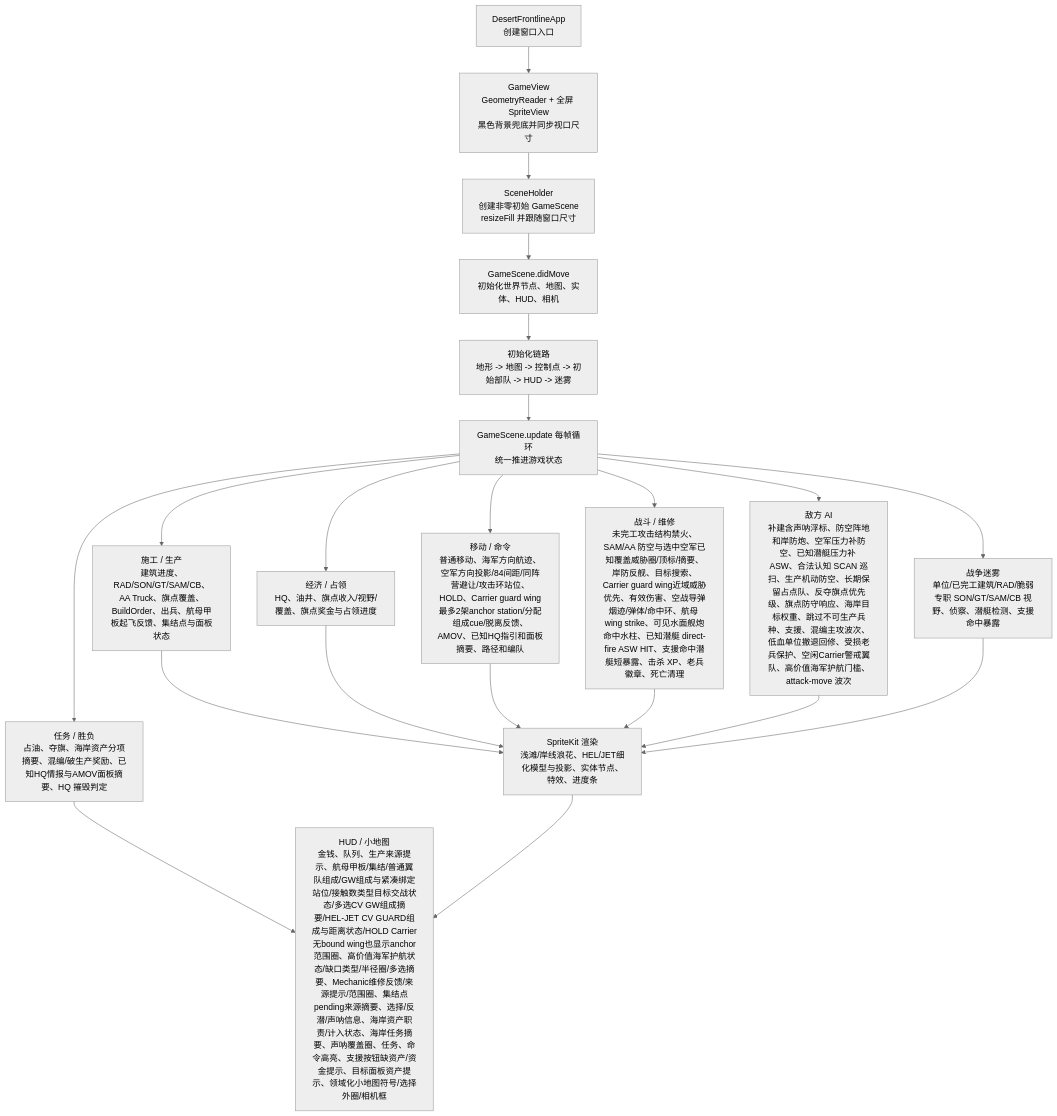
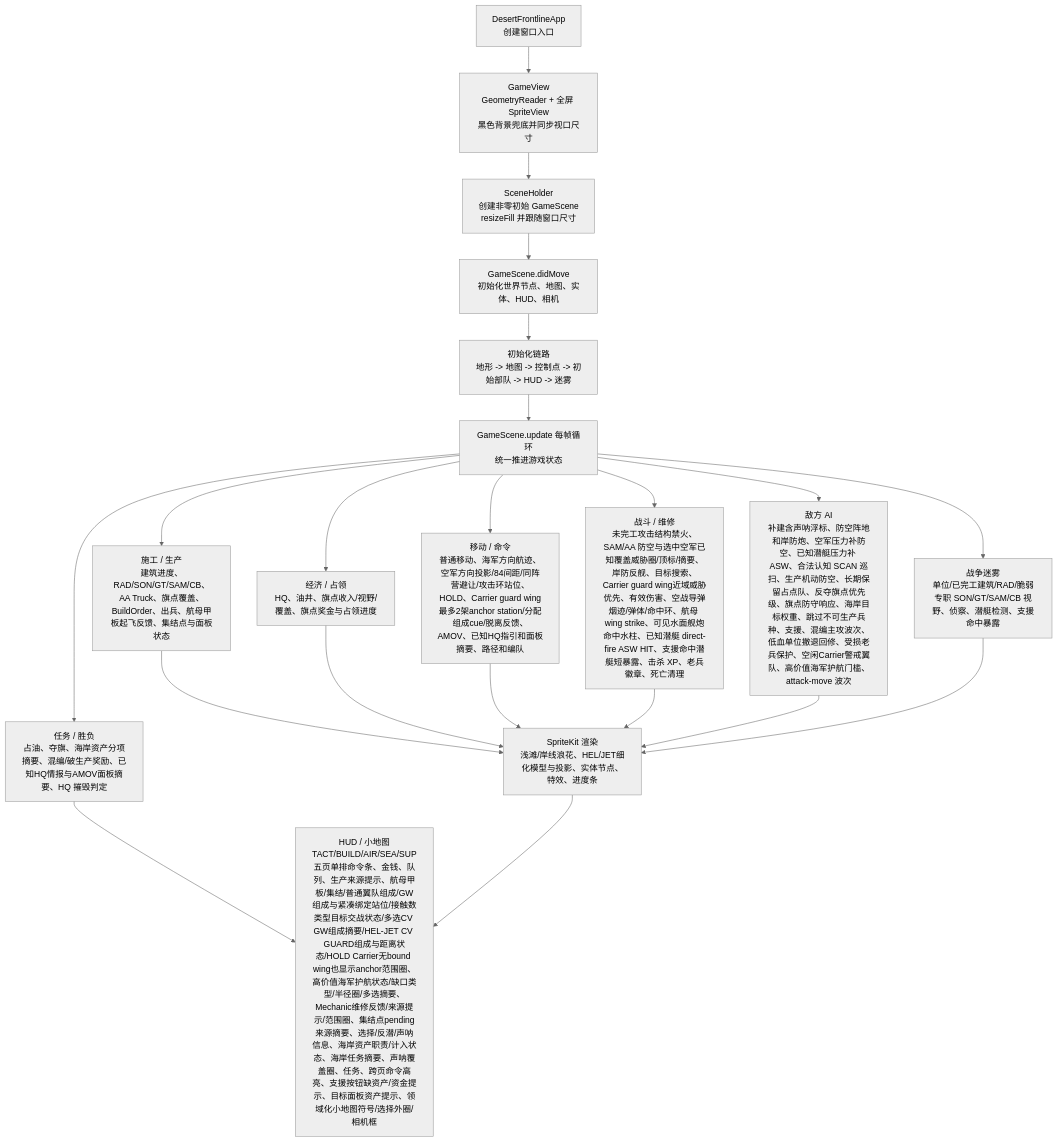
Before and after one commit to Altman-sam114/1145: the first of 3 diagrams in md/flow/flowchart.md, drawn with Mermaid (neutral theme). The commit also changed other lines of this file and 6 other files, not shown here.

````diff
--- a/md/flow/flowchart.md
+++ b/md/flow/flowchart.md
@@ -9,23 +9,23 @@
 ```mermaid
 flowchart TD
   App["DesertFrontlineApp\n创建窗口入口"] --> View["GameView\nGeometryReader + 全屏 SpriteView\n黑色背景兜底并同步视口尺寸"]
   View --> Holder["SceneHolder\n创建非零初始 GameScene\nresizeFill 并跟随窗口尺寸"]
   Holder --> Scene["GameScene.didMove\n初始化世界节点、地图、实体、HUD、相机"]
   Scene --> Init["初始化链路\n地形 -> 地图 -> 控制点 -> 初始部队 -> HUD -> 迷雾"]
   Init --> Loop["GameScene.update 每帧循环\n统一推进游戏状态"]
   Loop --> Build["施工 / 生产\n建筑进度、RAD/SON/GT/SAM/CB、AA Truck、旗点覆盖、BuildOrder、出兵、航母甲板起飞反馈、集结点与面板状态"]
   Loop --> Economy["经济 / 占领\nHQ、油井、旗点收入/视野/覆盖、旗点奖金与占领进度"]
   Loop --> Commands["移动 / 命令\n普通移动、海军方向航迹、空军方向投影/84间距/同阵营避让/攻击环站位、HOLD、Carrier guard wing最多2架anchor station/分配组成cue/脱离反馈、AMOV、已知HQ指引和面板摘要、路径和编队"]
   Loop --> Combat["战斗 / 维修\n未完工攻击结构禁火、SAM/AA 防空与选中空军已知覆盖威胁圈/顶标/摘要、岸防反舰、目标搜索、Carrier guard wing近域威胁优先、有效伤害、空战导弹烟迹/弹体/命中环、航母 wing strike、可见水面舰炮命中水柱、已知潜艇 direct-fire ASW HIT、支援命中潜艇短暴露、击杀 XP、老兵徽章、死亡清理"]
   Loop --> AI["敌方 AI\n补建含声呐浮标、防空阵地和岸防炮、空军压力补防空、已知潜艇压力补 ASW、合法认知 SCAN 巡扫、生产机动防空、长期保留占点队、反夺旗点优先级、旗点防守响应、海岸目标权重、跳过不可生产兵种、支援、混编主攻波次、低血单位撤退回修、受损老兵保护、空闲Carrier警戒翼队、高价值海军护航门槛、attack-move 波次"]
   Loop --> Fog["战争迷雾\n单位/已完工建筑/RAD/脆弱专职 SON/GT/SAM/CB 视野、侦察、潜艇检测、支援命中暴露"]
   Loop --> Mission["任务 / 胜负\n占油、夺旗、海岸资产分项摘要、混编/破生产奖励、已知HQ情报与AMOV面板摘要、HQ 摧毁判定"]
   Build --> Render["SpriteKit 渲染\n浅滩/岸线浪花、HEL/JET细化模型与投影、实体节点、特效、进度条"]
   Economy --> Render
   Commands --> Render
   Combat --> Render
   AI --> Render
   Fog --> Render
-  Mission --> HUD["HUD / 小地图\n金钱、队列、生产来源提示、航母甲板/集结/普通翼队组成/GW组成与紧凑绑定站位/接触数类型目标交战状态/多选CV GW组成摘要/HEL-JET CV GUARD组成与距离状态/HOLD Carrier无bound wing也显示anchor范围圈、高价值海军护航状态/缺口类型/半径圈/多选摘要、Mechanic维修反馈/来源提示/范围圈、集结点pending来源摘要、选择/反潜/声呐信息、海岸资产职责/计入状态、海岸任务摘要、声呐覆盖圈、任务、命令高亮、支援按钮缺资产/资金提示、目标面板资产提示、领域化小地图符号/选择外圈/相机框"]
+  Mission --> HUD["HUD / 小地图\nTACT/BUILD/AIR/SEA/SUP五页单排命令条、金钱、队列、生产来源提示、航母甲板/集结/普通翼队组成/GW组成与紧凑绑定站位/接触数类型目标交战状态/多选CV GW组成摘要/HEL-JET CV GUARD组成与距离状态/HOLD Carrier无bound wing也显示anchor范围圈、高价值海军护航状态/缺口类型/半径圈/多选摘要、Mechanic维修反馈/来源提示/范围圈、集结点pending来源摘要、选择/反潜/声呐信息、海岸资产职责/计入状态、海岸任务摘要、声呐覆盖圈、任务、跨页命令高亮、支援按钮缺资产/资金提示、目标面板资产提示、领域化小地图符号/选择外圈/相机框"]
   Render --> HUD
 ```
````
